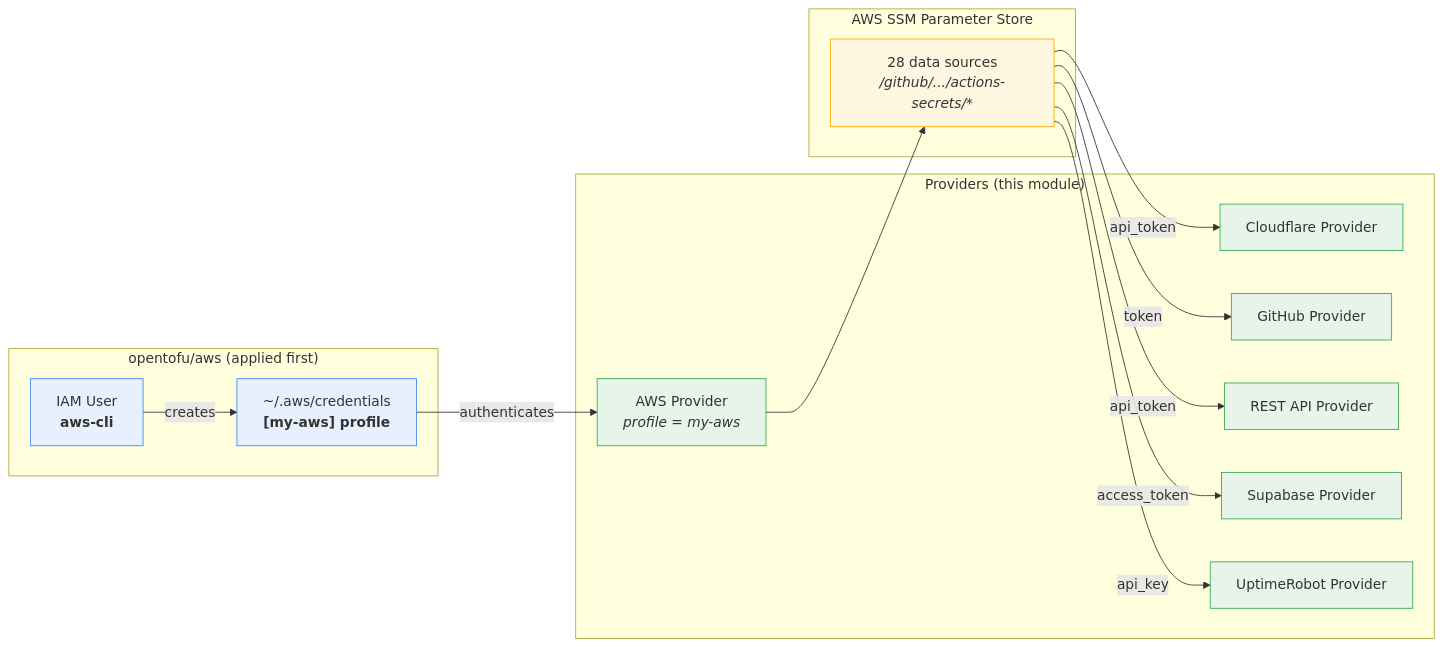
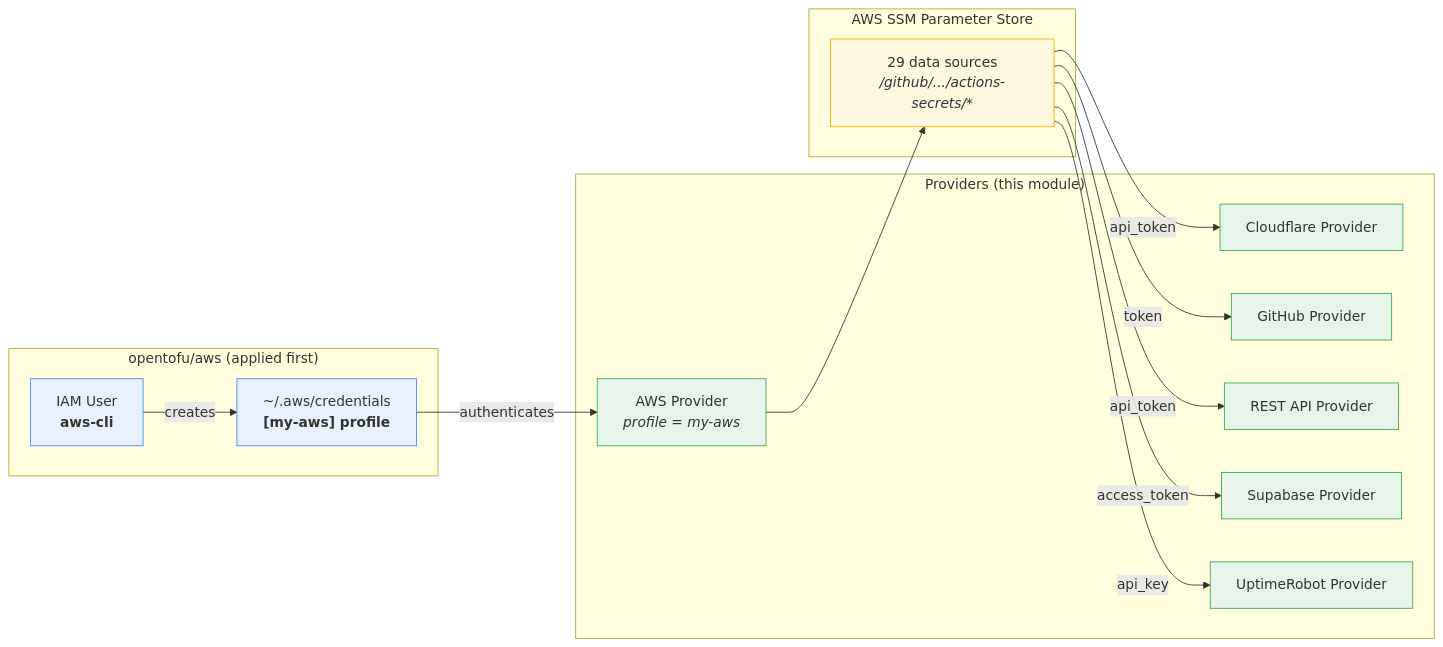
One commit to ruzickap/my-git-projects changed the first of 3 diagrams in opentofu/cloudflare-github/README.md. Above: the diagram before and after it, drawn with Mermaid. The commit also changed other lines of this file and 4 other files, not shown here.

````diff
--- a/opentofu/cloudflare-github/README.md
+++ b/opentofu/cloudflare-github/README.md
@@ -40,39 +37,39 @@
 ```mermaid
 flowchart LR
     subgraph aws_module ["opentofu/aws (applied first)"]
         iam_user["IAM User<br/><b>aws-cli</b>"]
         aws_profile["~/.aws/credentials<br/><b>[my-aws] profile</b>"]
     end
 
     iam_user -->|creates| aws_profile
 
     subgraph providers ["Providers (this module)"]
         aws_prov["AWS Provider<br/><i>profile = my-aws</i>"]
         cf_prov["Cloudflare Provider"]
         gh_prov["GitHub Provider"]
         rest_prov["REST API Provider"]
         supa_prov["Supabase Provider"]
         ur_prov["UptimeRobot Provider"]
     end
 
     aws_profile -->|authenticates| aws_prov
 
     subgraph ssm ["AWS SSM Parameter Store"]
-        ssm_params["28 data sources<br/><i>/github/.../actions-secrets/*</i>"]
+        ssm_params["29 data sources<br/><i>/github/.../actions-secrets/*</i>"]
     end
 
     aws_prov --> ssm_params
     ssm_params -->|api_token| cf_prov
     ssm_params -->|token| gh_prov
     ssm_params -->|api_token| rest_prov
     ssm_params -->|access_token| supa_prov
     ssm_params -->|api_key| ur_prov
 
     classDef awsMod fill:#e8f0fe,stroke:#4285f4
     classDef provStyle fill:#e6f4ea,stroke:#34a853
     classDef ssmStyle fill:#fef7e0,stroke:#f9ab00
 
     class iam_user,aws_profile awsMod
     class aws_prov,cf_prov,gh_prov,rest_prov,supa_prov,ur_prov provStyle
     class ssm_params ssmStyle
 ```
````
